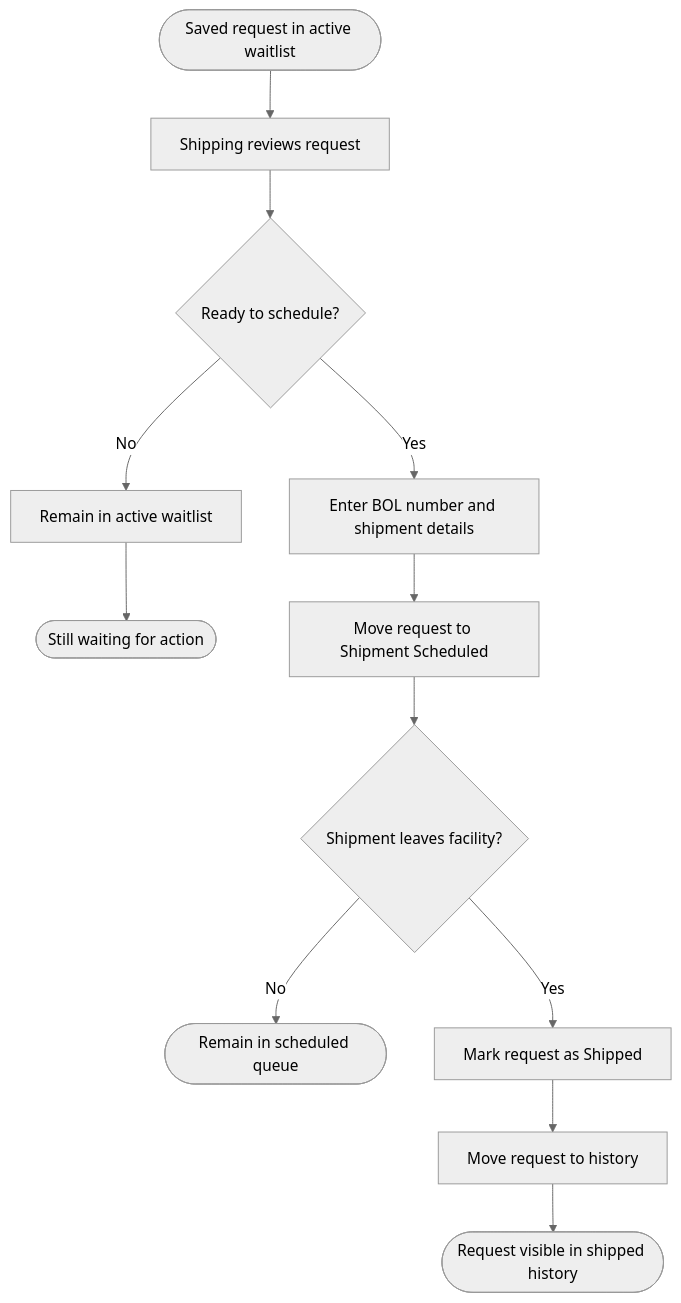
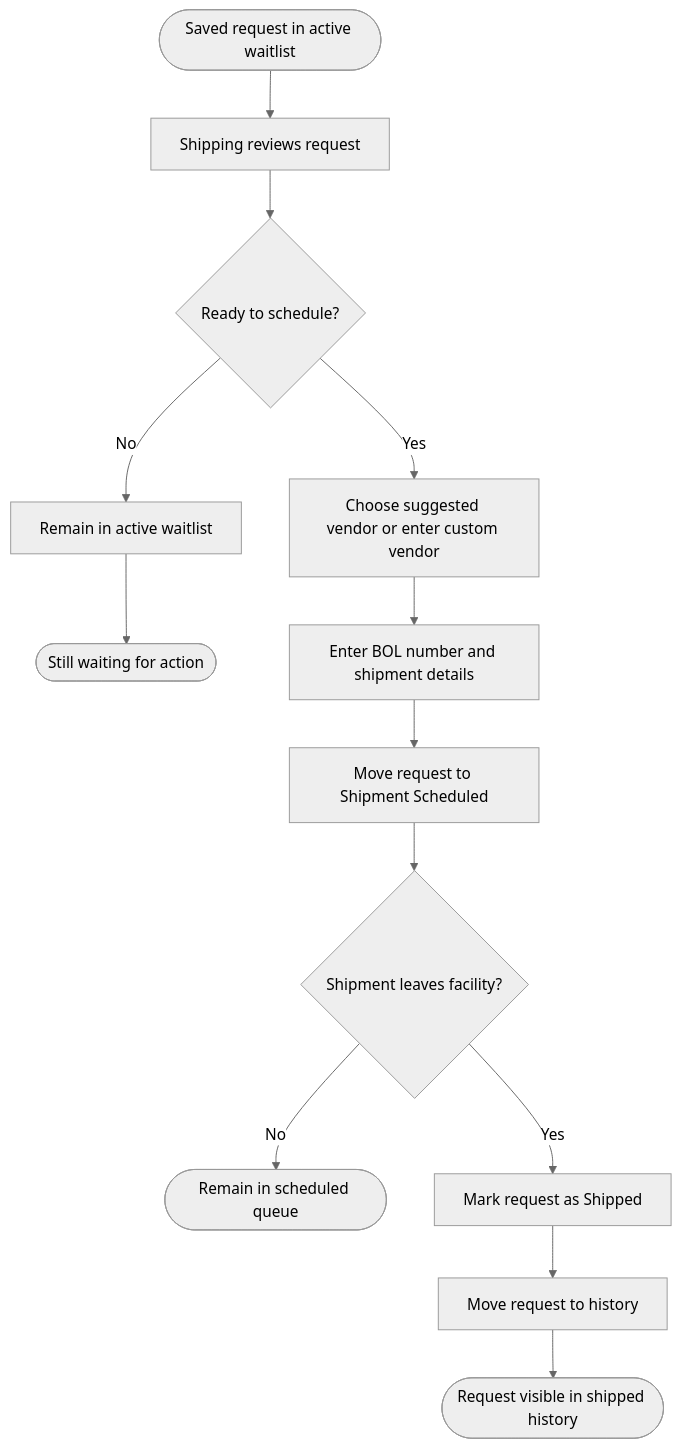
Before and after one commit to JDKoll1982/MTM_Receiving_Application: the second of 2 diagrams in docs/Modules/Module_OutsideService/End-User-Workflow-And-Mockups.md, drawn with Mermaid (neutral theme). The commit also changed other lines of this file and 1 other file, not shown here.

Commit message:
feat: update Module_OutsideService documentation to reflect removal of vendor selection in Version 1

````diff
--- a/docs/Modules/Module_OutsideService/End-User-Workflow-And-Mockups.md
+++ b/docs/Modules/Module_OutsideService/End-User-Workflow-And-Mockups.md
@@ -64,14 +58,15 @@
 ```mermaid
 flowchart TD
   W2_1_Start([Saved request in active waitlist]) --> W2_1_ShippingReview[Shipping reviews request]
   W2_1_ShippingReview --> W2_1_ScheduleDecision{Ready to schedule?}
   W2_1_ScheduleDecision -->|No| W2_1_StayOpen[Remain in active waitlist]
   W2_1_StayOpen --> W2_1_OpenEnd([Still waiting for action])
-  W2_1_ScheduleDecision -->|Yes| W2_1_AddShipmentData[Enter BOL number and shipment details]
+  W2_1_ScheduleDecision -->|Yes| W2_1_SelectVendor[Choose suggested vendor or enter custom vendor]
+  W2_1_SelectVendor --> W2_1_AddShipmentData[Enter BOL number and shipment details]
   W2_1_AddShipmentData --> W2_1_ScheduledState[Move request to Shipment Scheduled]
   W2_1_ScheduledState --> W2_1_ShipConfirm{Shipment leaves facility?}
   W2_1_ShipConfirm -->|No| W2_1_ScheduledEnd([Remain in scheduled queue])
   W2_1_ShipConfirm -->|Yes| W2_1_MarkShipped[Mark request as Shipped]
   W2_1_MarkShipped --> W2_1_HistoryMove[Move request to history]
   W2_1_HistoryMove --> W2_1_HistoryEnd([Request visible in shipped history])
 ```
````
